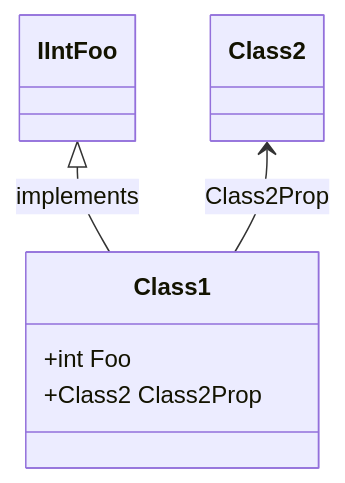
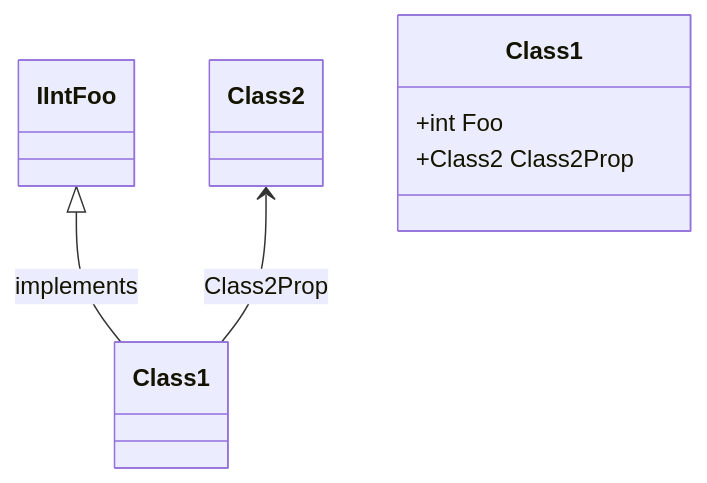
The first of 7 diagrams in test/SampleProject/CODE_METRICS.md (erichiller/gh-action-cs-metrics), drawn with Mermaid before and after one commit. The commit also changed other lines of this file, not shown here.

````diff
--- a/test/SampleProject/CODE_METRICS.md
+++ b/test/SampleProject/CODE_METRICS.md
@@ -199,13 +199,13 @@
 ```mermaid
 %%{init: {
     'fontFamily': 'monospace'
 } }%%
 classDiagram
 IIntFoo <|-- Class1 : implements
 Class2 <-- Class1 : Class2Prop
-class Class1 ["Class1"] {
+class SomeRoot.SampleProject.Class1 ["Class1"] {
     +int Foo
     +Class2 Class2Prop
 }
 
 ```
````
